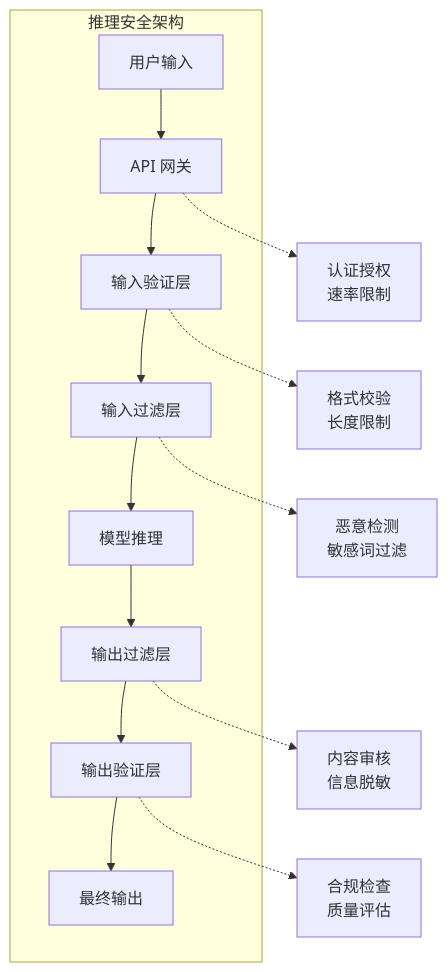
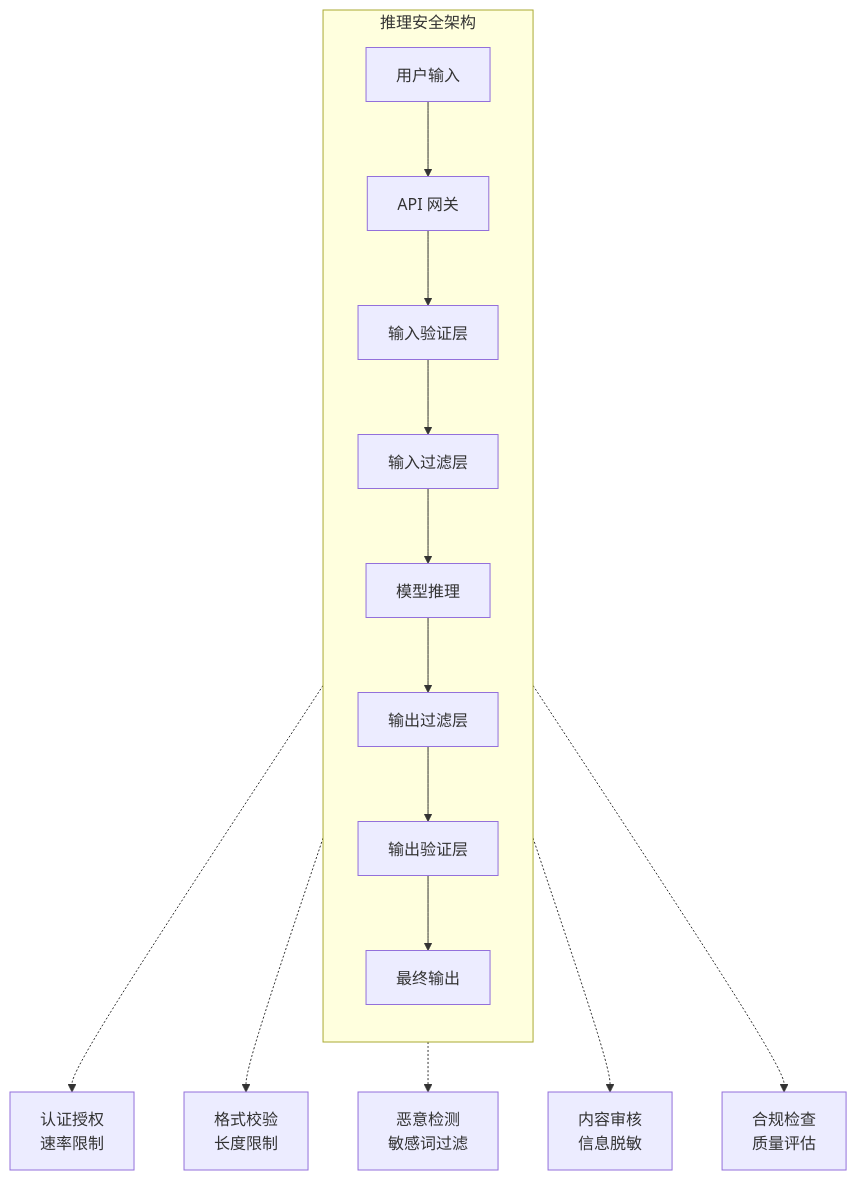
Before and after one commit to yeasy/ai_security_guide: the third of 3 diagrams in 02_fundamentals/2.3_inference_security.md, drawn with Mermaid. The commit also changed other lines of this file and 74 other files, not shown here.

````diff
--- a/02_fundamentals/2.3_inference_security.md
+++ b/02_fundamentals/2.3_inference_security.md
@@ -159,18 +155,19 @@
 ```mermaid
 flowchart TB
-    subgraph "推理安全架构"
-    I["用户输入"] --> G["API 网关"]
-    G --> IV["输入验证层"]
-    IV --> IF["输入过滤层"]
-    IF --> M["模型推理"]
-    M --> OF["输出过滤层"]
-    OF --> OV["输出验证层"]
-    OV --> O["最终输出"]
+    subgraph security_architecture ["推理安全架构"]
+        direction TB
+        I["用户输入"] --> G["API 网关"]
+        G --> IV["输入验证层"]
+        IV --> IF["输入过滤层"]
+        IF --> M["模型推理"]
+        M --> OF["输出过滤层"]
+        OF --> OV["输出验证层"]
+        OV --> O["最终输出"]
     end
 
     G -.-> G1["认证授权<br/>速率限制"]
     IV -.-> IV1["格式校验<br/>长度限制"]
     IF -.-> IF1["恶意检测<br/>敏感词过滤"]
     OF -.-> OF1["内容审核<br/>信息脱敏"]
     OV -.-> OV1["合规检查<br/>质量评估"]
 ```
````
